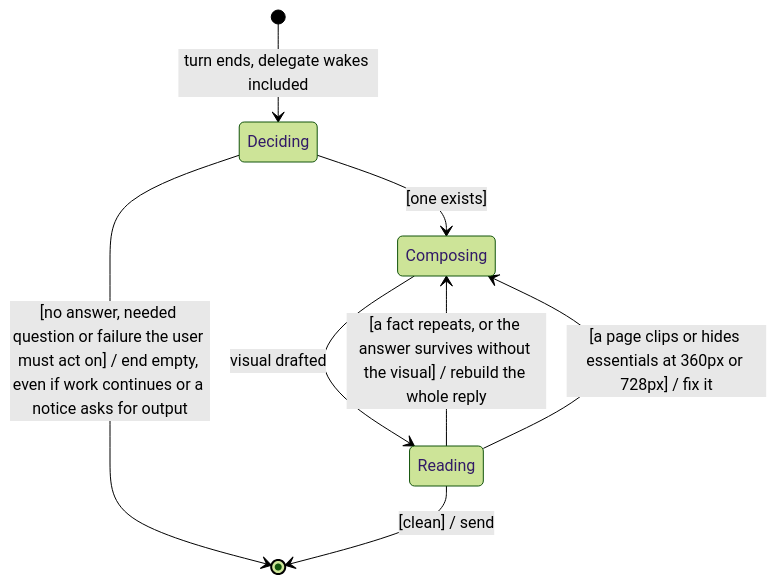
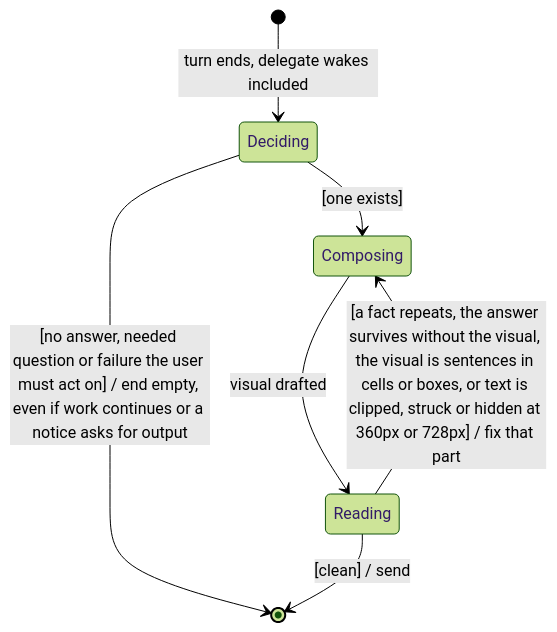
One commit to MP281X/deslop changed the diagram in .claude/agents/pair.md. Above: the diagram before and after it, drawn with Mermaid (forest theme). The commit also changed other lines of this file and 8 other files, not shown here.

````diff
--- a/.claude/agents/pair.md
+++ b/.claude/agents/pair.md
@@ -30,10 +30,9 @@
 ```mermaid
 stateDiagram-v2
     [*] --> Deciding : turn ends, delegate wakes included
     Deciding --> [*] : [no answer, needed question or failure the user must act on] / end empty, even if work continues or a notice asks for output
     Deciding --> Composing : [one exists]
     Composing --> Reading : visual drafted
-    Reading --> Composing : [a fact repeats, or the answer survives without the visual] / rebuild the whole reply
-    Reading --> Composing : [a page clips or hides essentials at 360px or 728px] / fix it
+    Reading --> Composing : [a fact repeats, the answer survives without the visual, the visual is sentences in cells or boxes, or text is clipped, struck or hidden at 360px or 728px] / fix that part
     Reading --> [*] : [clean] / send
 ```
````
